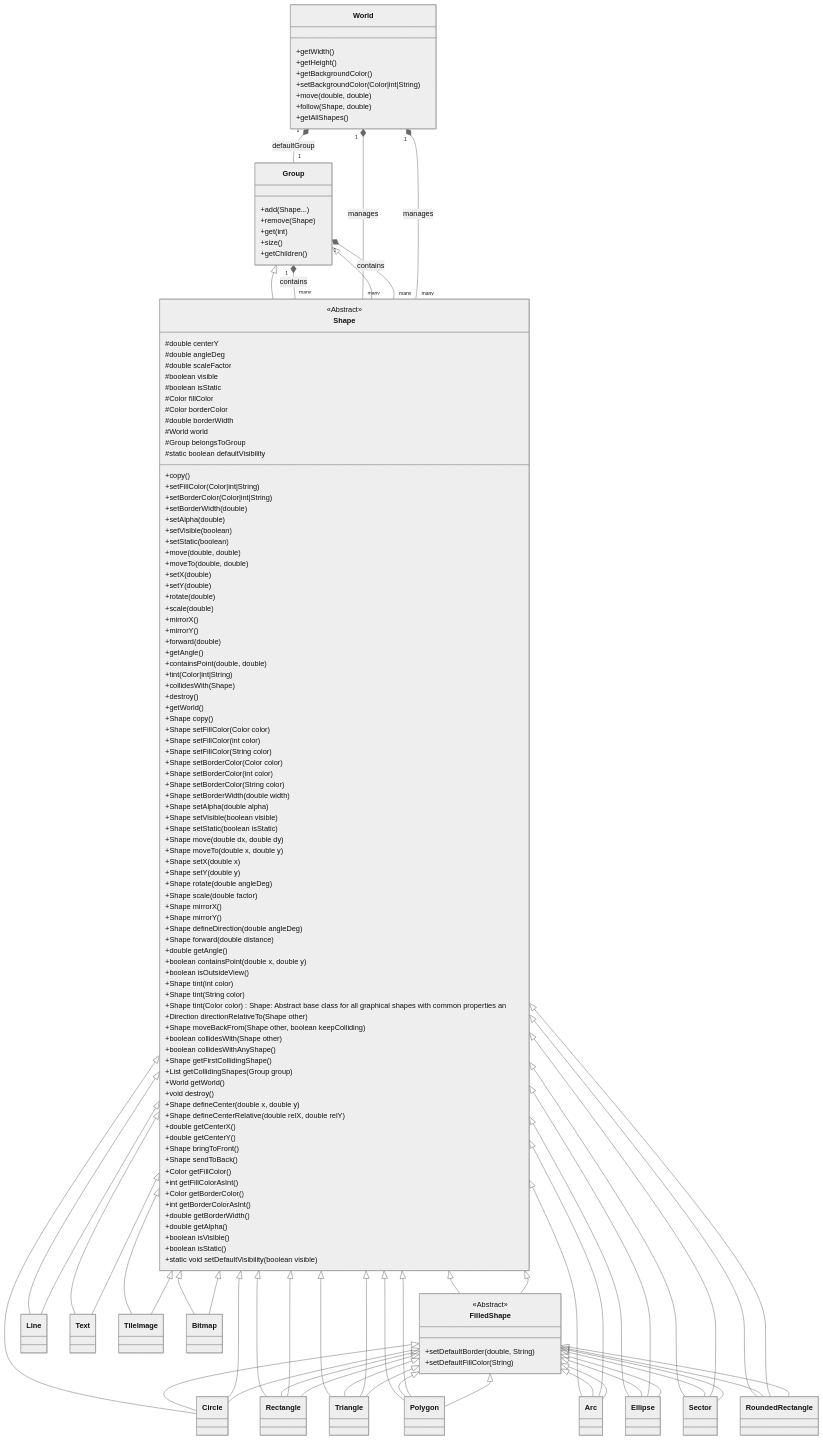
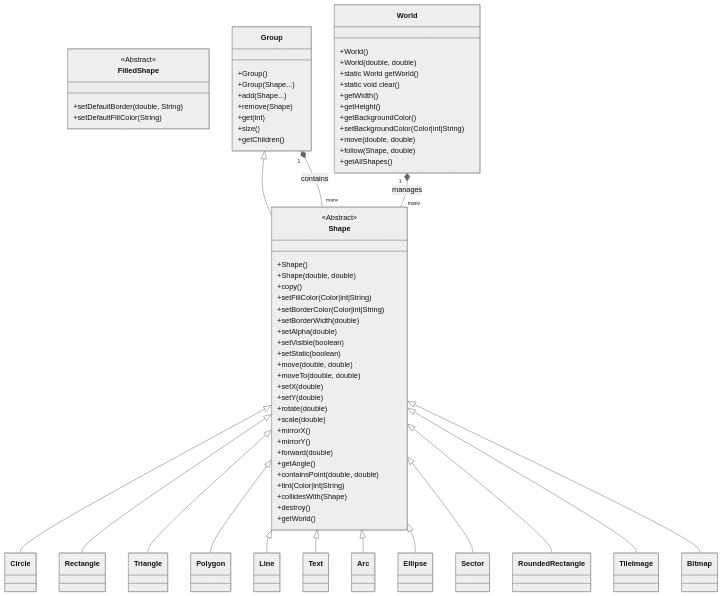
One commit to Blockly2Java/B2J_Graphics changed the diagram in README.md. Above: the diagram before and after it, drawn with Mermaid (neutral theme). The commit also changed other lines of this file, not shown here.

Commit message:
Refactor UML class diagram: update Shape and Group constructors, remove redundant members, and clarify FilledShape description

```diff
--- a/README.md
+++ b/README.md
@@ -25,9 +25,10 @@
     %% Hide private and protected members
     hide emptyMembers
 
-    %% Base Classes
     class Shape {
         <<Abstract>>
+        +Shape()
+        +Shape(double, double)
         +copy()
         +setFillColor(Color|int|String)
         +setBorderColor(Color|int|String)
@@ -50,67 +51,6 @@
         +collidesWith(Shape)
         +destroy()
         +getWorld()
-        #double centerY
-        #double angleDeg
-        #double scaleFactor
-        #boolean visible
-        #boolean isStatic
-        #Color fillColor
-        #Color borderColor
-        #double borderWidth
-        #World world
-        #Group<? extends Shape> belongsToGroup
-        #static boolean defaultVisibility
-        +Shape copy()
-        +Shape setFillColor(Color color)
-        +Shape setFillColor(int color)
-        +Shape setFillColor(String color)
-        +Shape setBorderColor(Color color)
-        +Shape setBorderColor(int color)
-        +Shape setBorderColor(String color)
-        +Shape setBorderWidth(double width)
-        +Shape setAlpha(double alpha)
-        +Shape setVisible(boolean visible)
-        +Shape setStatic(boolean isStatic)
-        +Shape move(double dx, double dy)
-        +Shape moveTo(double x, double y)
-        +Shape setX(double x)
-        +Shape setY(double y)
-        +Shape rotate(double angleDeg)
-        +Shape scale(double factor)
-        +Shape mirrorX()
-        +Shape mirrorY()
-        +Shape defineDirection(double angleDeg)
-        +Shape forward(double distance)
-        +double getAngle()
-        +boolean containsPoint(double x, double y)
-        +boolean isOutsideView()
-        +Shape tint(int color)
-        +Shape tint(String color)
-        +Shape tint(Color color)Shape: Abstract base class for all graphical shapes with common properties an
-        +Direction directionRelativeTo(Shape other)
-        +Shape moveBackFrom(Shape other, boolean keepColliding)
-        +boolean collidesWith(Shape other)
-        +boolean collidesWithAnyShape()
-        +Shape getFirstCollidingShape()
-        +List<Shape> getCollidingShapes(Group<? extends Shape> group)
-        +World getWorld()
-        +void destroy()
-        +Shape defineCenter(double x, double y)
-        +Shape defineCenterRelative(double relX, double relY)
-        +double getCenterX()
-        +double getCenterY()
-        +Shape bringToFront()
-        +Shape sendToBack()
-        +Color getFillColor()
-        +int getFillColorAsInt()
-        +Color getBorderColor()
-        +int getBorderColorAsInt()
-        +double getBorderWidth()
-        +double getAlpha()
-        +boolean isVisible()
-        +boolean isStatic()
-        +static void setDefaultVisibility(boolean visible)
     }
 
     class FilledShape {
@@ -120,6 +60,8 @@
     }
 
     class Group {
+        +Group()
+        +Group(Shape...)
         +add(Shape...)
         +remove(Shape)
         +get(int)
@@ -128,6 +70,10 @@
     }
 
     class World {
+        +World()
+        +World(double, double)
+        +static World getWorld()
+        +static void clear()
         +getWidth()
         +getHeight()
         +getBackgroundColor()
@@ -137,8 +83,6 @@
         +getAllShapes()
     }
 
-    %% Shape Inheritance
-    Shape <|-- FilledShape
     Shape <|-- Circle
     Shape <|-- Rectangle
     Shape <|-- Triangle
@@ -152,47 +96,6 @@
     Shape <|-- TileImage
     Shape <|-- Bitmap
 
-    %% FilledShape Inheritance
-    FilledShape <|-- Circle
-    FilledShape <|-- Rectangle
-    FilledShape <|-- Triangle
-    FilledShape <|-- Polygon
-    FilledShape <|-- Arc
-    FilledShape <|-- Ellipse
-    FilledShape <|-- Sector
-    FilledShape <|-- RoundedRectangle
-
-    %% Group Relationship
-    Group <|-- Shape
-    Group "1" *-- "many" Shape : contains
-
-    %% World Relationship
-    World "1" *-- "many" Shape : manages
-    World "1" *-- "1" Group : defaultGroup
-
-    Shape <|-- FilledShape
-    Shape <|-- Circle
-    Shape <|-- Rectangle
-    Shape <|-- Triangle
-    Shape <|-- Polygon
-    Shape <|-- Line
-    Shape <|-- Text
-    Shape <|-- Arc
-    Shape <|-- Ellipse
-    Shape <|-- Sector
-    Shape <|-- RoundedRectangle
-    Shape <|-- TileImage
-    Shape <|-- Bitmap
-
-    FilledShape <|-- Circle
-    FilledShape <|-- Rectangle
-    FilledShape <|-- Triangle
-    FilledShape <|-- Polygon
-    FilledShape <|-- Arc
-    FilledShape <|-- Ellipse
-    FilledShape <|-- Sector
-    FilledShape <|-- RoundedRectangle
-
     Group <|-- Shape
     Group "1" *-- "many" Shape : contains
     World "1" *-- "many" Shape : manages
```
